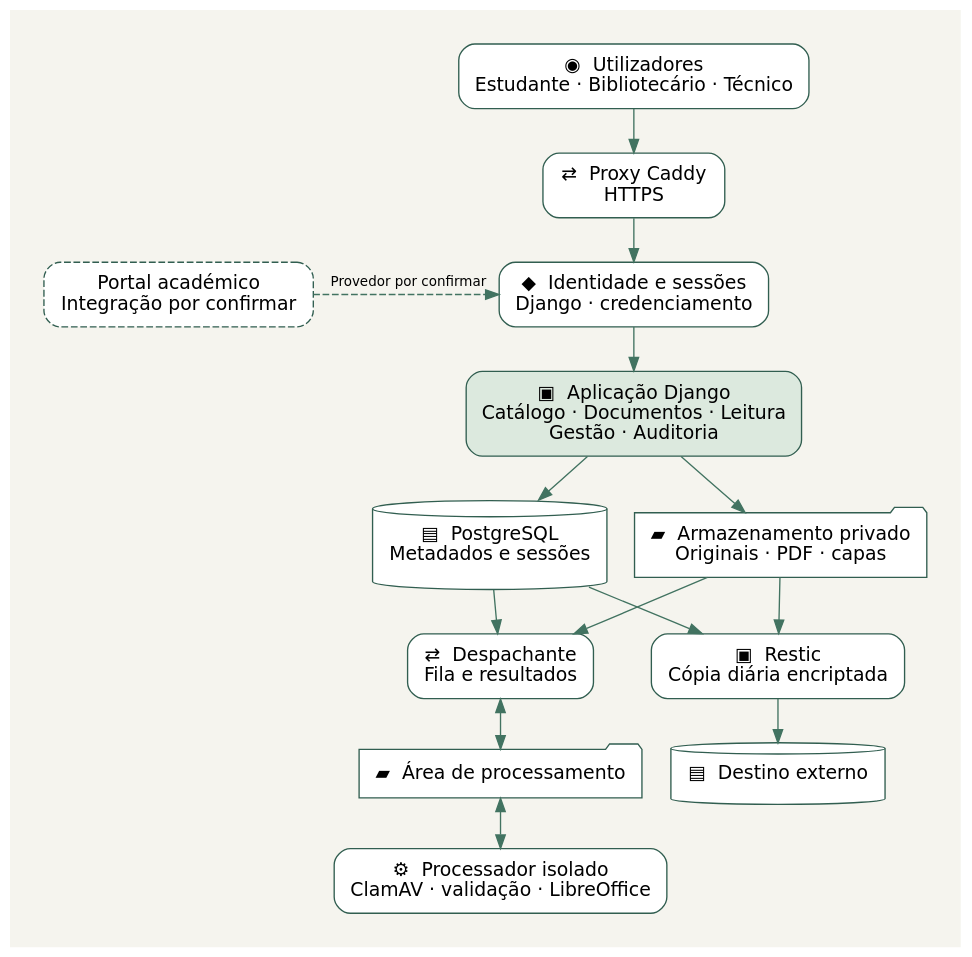
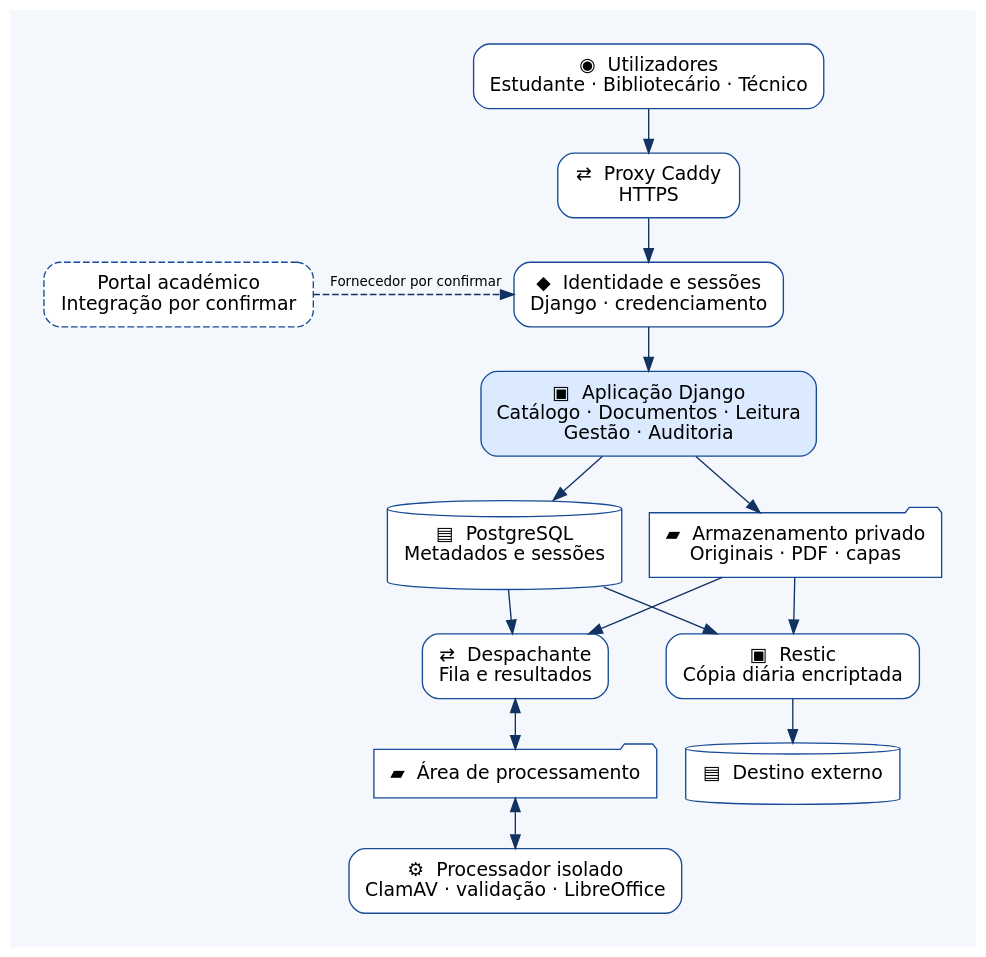
Before and after one commit to MergiorGoriate/Biblioteca-Rovuma: the diagram in docs/arquitectura.dot, drawn with Graphviz. The commit also changed 48 other files, not shown here.

Commit message:
Completar gestão, contas, catálogo e validação da Biblioteca Rovuma

```diff
--- a/docs/arquitectura.dot
+++ b/docs/arquitectura.dot
@@ -1,32 +1,32 @@
 digraph Biblioteca {
-  graph [rankdir=TB, bgcolor="#f5f4ee", pad=0.35, nodesep=0.28, ranksep=0.45, fontname="DejaVu Sans"];
-  node [shape=box, style="rounded,filled", color="#315e50", fillcolor="#ffffff", fontname="DejaVu Sans", margin="0.18,0.12"];
-  edge [color="#427361", fontname="DejaVu Sans", fontsize=10];
+  graph [rankdir=TB, bgcolor="#f4f7fc", pad=0.35, nodesep=0.28, ranksep=0.45, fontname="DejaVu Sans"];
+  node [shape=box, style="rounded,filled", color="#174b97", fillcolor="#ffffff", fontname="DejaVu Sans", margin="0.18,0.12"];
+  edge [color="#123261", fontname="DejaVu Sans", fontsize=10];
   users [label="◉  Utilizadores\nEstudante · Bibliotecário · Técnico"];
   proxy [label="⇄  Proxy Caddy\nHTTPS"];
   auth [label="◆  Identidade e sessões\nDjango · credenciamento"];
   idp [label="Portal académico\nIntegração por confirmar", style="rounded,dashed,filled"];
-  d [label="▣  Aplicação Django\nCatálogo · Documentos · Leitura\nGestão · Auditoria", fillcolor="#dce9de"];
+  d [label="▣  Aplicação Django\nCatálogo · Documentos · Leitura\nGestão · Auditoria", fillcolor="#dceaff"];
   pg [shape=cylinder, label="▤  PostgreSQL\nMetadados e sessões"];
   fs [shape=folder, label="▰  Armazenamento privado\nOriginais · PDF · capas"];
   dispatcher [label="⇄  Despachante\nFila e resultados"];
   spool [shape=folder, label="▰  Área de processamento"];
   worker [label="⚙  Processador isolado\nClamAV · validação · LibreOffice"];
   backup [label="▣  Restic\nCópia diária encriptada"];
   external [shape=cylinder, label="▤  Destino externo"];
   users -> proxy -> auth -> d;
-  idp -> auth [style=dashed, label="  Provedor por confirmar"];
+  idp -> auth [style=dashed, label="  Fornecedor por confirmar"];
   d -> pg;
   d -> fs;
   pg -> dispatcher;
   fs -> dispatcher;
   dispatcher -> spool [dir=both];
   spool -> worker [dir=both];
   pg -> backup;
   fs -> backup;
   backup -> external;
   {rank=same; auth; idp}
   {rank=same; pg; fs}
   {rank=same; dispatcher; backup}
   {rank=same; spool; external}
 }
```
